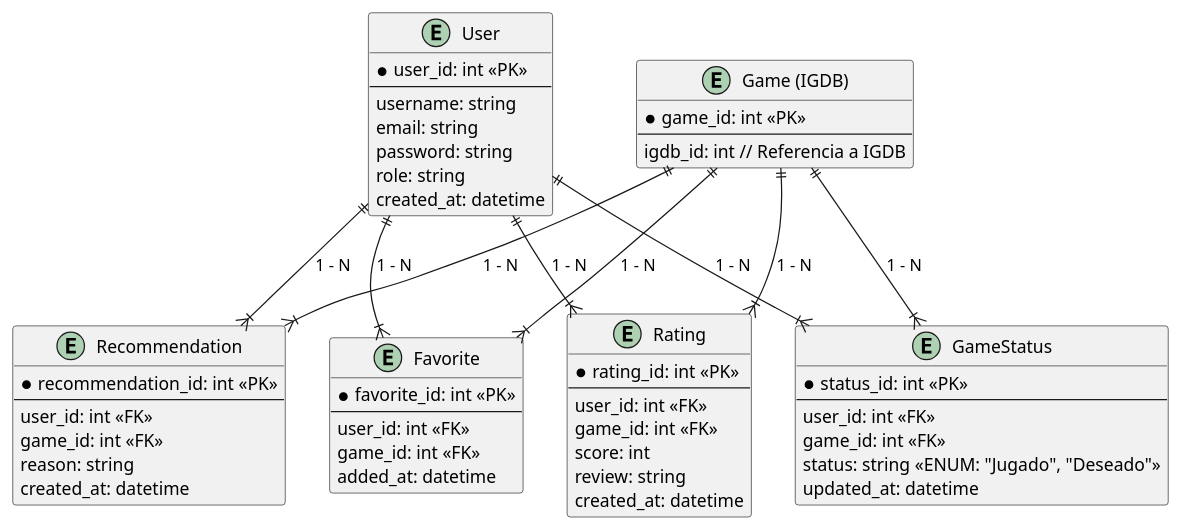
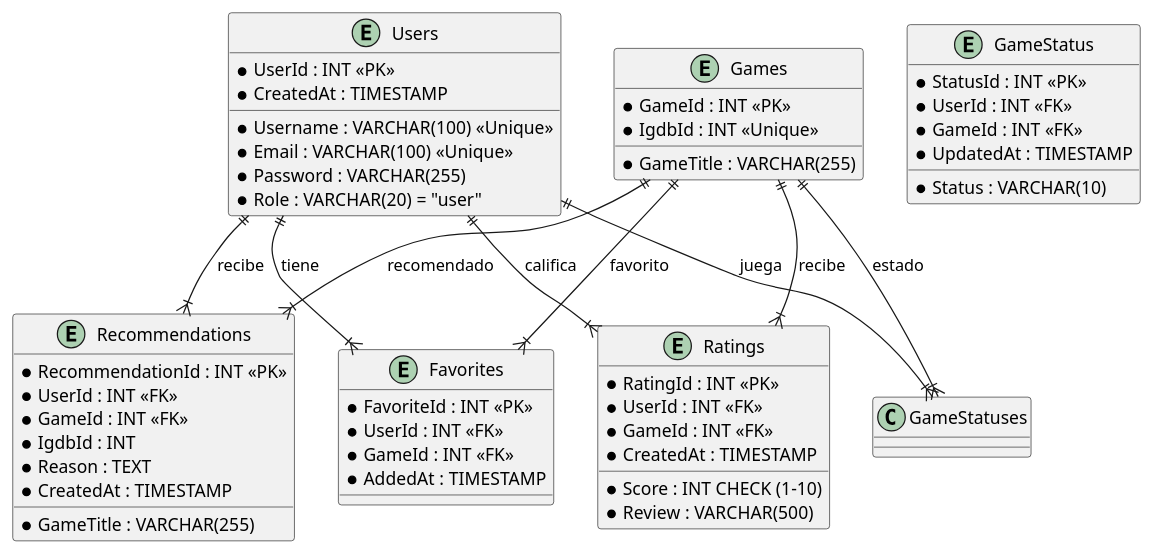
The diagram in BBDD/DER.puml (Ivannunezrodriguez/Proyecto_Unir), drawn with PlantUML before and after one commit. The commit also changed 34 other files, not shown here.

```diff
--- a/BBDD/DER.puml
+++ b/BBDD/DER.puml
@@ -1,63 +1,60 @@
 @startuml
-entity "User" as User {
-  * user_id: int <<PK>>
-  --
-  username: string
-  email: string
-  password: string
-  role: string
-  created_at: datetime
+entity Users {
+  *UserId : INT <<PK>>
+  *Username : VARCHAR(100) <<Unique>>
+  *Email : VARCHAR(100) <<Unique>>
+  *Password : VARCHAR(255)
+  *Role : VARCHAR(20) = "user"
+  *CreatedAt : TIMESTAMP
 }
 
-entity "Game (IGDB)" as Game {
-  * game_id: int <<PK>>
-  --
-  igdb_id: int // Referencia a IGDB
+entity Games {
+  *GameId : INT <<PK>>
+  *IgdbId : INT <<Unique>>
+  *GameTitle : VARCHAR(255)
 }
 
-entity "Rating" as Rating {
-  * rating_id: int <<PK>>
-  --
-  user_id: int <<FK>>
-  game_id: int <<FK>>
-  score: int
-  review: string
-  created_at: datetime
+entity Ratings {
+  *RatingId : INT <<PK>>
+  *UserId : INT <<FK>>
+  *GameId : INT <<FK>>
+  *Score : INT CHECK (1-10)
+  *Review : VARCHAR(500)
+  *CreatedAt : TIMESTAMP
 }
 
-entity "Favorite" as Favorite {
-  * favorite_id: int <<PK>>
-  --
-  user_id: int <<FK>>
-  game_id: int <<FK>>
-  added_at: datetime
+entity GameStatus {
+  *StatusId : INT <<PK>>
+  *UserId : INT <<FK>>
+  *GameId : INT <<FK>>
+  *Status : VARCHAR(10) 
+  *UpdatedAt : TIMESTAMP
 }
 
-entity "Recommendation" as Recommendation {
-  * recommendation_id: int <<PK>>
-  --
-  user_id: int <<FK>>
-  game_id: int <<FK>>
-  reason: string
-  created_at: datetime
+entity Favorites {
+  *FavoriteId : INT <<PK>>
+  *UserId : INT <<FK>>
+  *GameId : INT <<FK>>
+  *AddedAt : TIMESTAMP
 }
 
-entity "GameStatus" as GameStatus {
-  * status_id: int <<PK>>
-  --
-  user_id: int <<FK>>
-  game_id: int <<FK>>
-  status: string <<ENUM: "Jugado", "Deseado">>
-  updated_at: datetime
+entity Recommendations {
+  *RecommendationId : INT <<PK>>
+  *UserId : INT <<FK>>
+  *GameId : INT <<FK>>
+  *IgdbId : INT
+  *GameTitle : VARCHAR(255)
+  *Reason : TEXT
+  *CreatedAt : TIMESTAMP
 }
 
-User ||--|{ Rating : "1 - N"
-User ||--|{ Favorite : "1 - N"
-User ||--|{ Recommendation : "1 - N"
-User ||--|{ GameStatus : "1 - N"
+Users ||--|{ Ratings : "califica"
+Users ||--|{ GameStatuses : "juega"
+Users ||--|{ Favorites : "tiene"
+Users ||--|{ Recommendations : "recibe"
+Games ||--|{ Ratings : "recibe"
+Games ||--|{ GameStatuses : "estado"
+Games ||--|{ Favorites : "favorito"
+Games ||--|{ Recommendations : "recomendado"
 
-Game ||--|{ Rating : "1 - N"
-Game ||--|{ Favorite : "1 - N"
-Game ||--|{ Recommendation : "1 - N"
-Game ||--|{ GameStatus : "1 - N"
 @enduml
```
